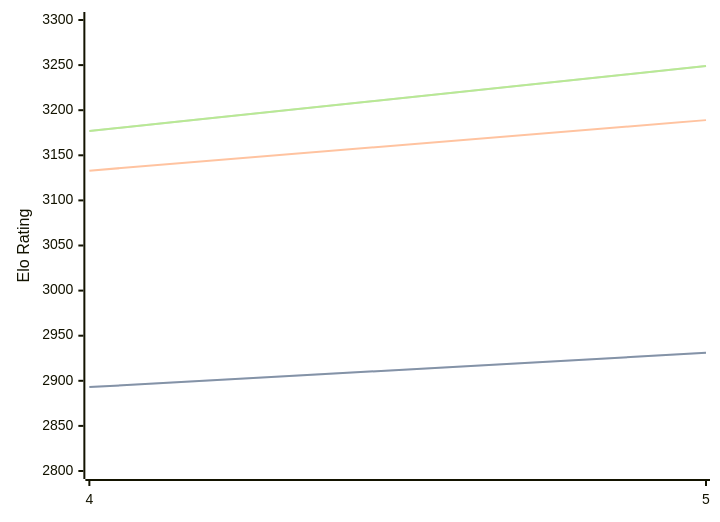
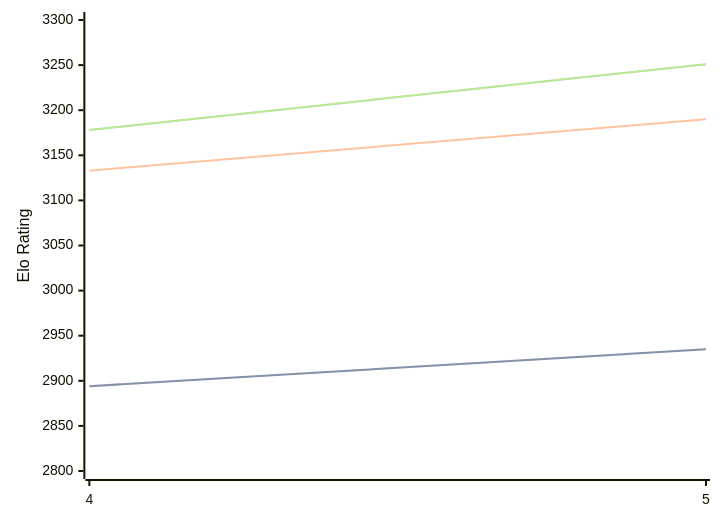
The diagram in engines/Cwtch.md (computer-chess-index/cci), drawn with Mermaid before and after one commit. The commit also changed other lines of this file, not shown here.

Commit message:
Update CCI Ratings (ELO VLTC) - 2026-05-03

````diff
--- a/engines/Cwtch.md
+++ b/engines/Cwtch.md
@@ -34,11 +34,11 @@
 ```mermaid
 %%{init: {"theme":"base","themeVariables":{"seriesColors:['#a3a3a3','#222221','#faa371']}}}%%
 xychart-beta
   x-axis ["4", "5"]
   y-axis "Elo Rating" 2800 --> 3300
-  line "STC (8.0+0.08s)" [2893, 2931]
-  line "STC (8.0+0.08s)" [2893, 2931]
-  line "LTC (60.0+0.60s)" [3133, 3189]
-  line "VLTC (2m24s+1.12s)" [3177, 3249]
-  line "VLTC (2m24s+1.12s)" [3177, 3249]
+  line "STC (8.0+0.08s)" [2894, 2935]
+  line "STC (8.0+0.08s)" [2894, 2935]
+  line "LTC (60.0+0.60s)" [3133, 3190]
+  line "VLTC (2m24s+1.12s)" [3178, 3251]
+  line "VLTC (2m24s+1.12s)" [3178, 3251]
 ```
````
